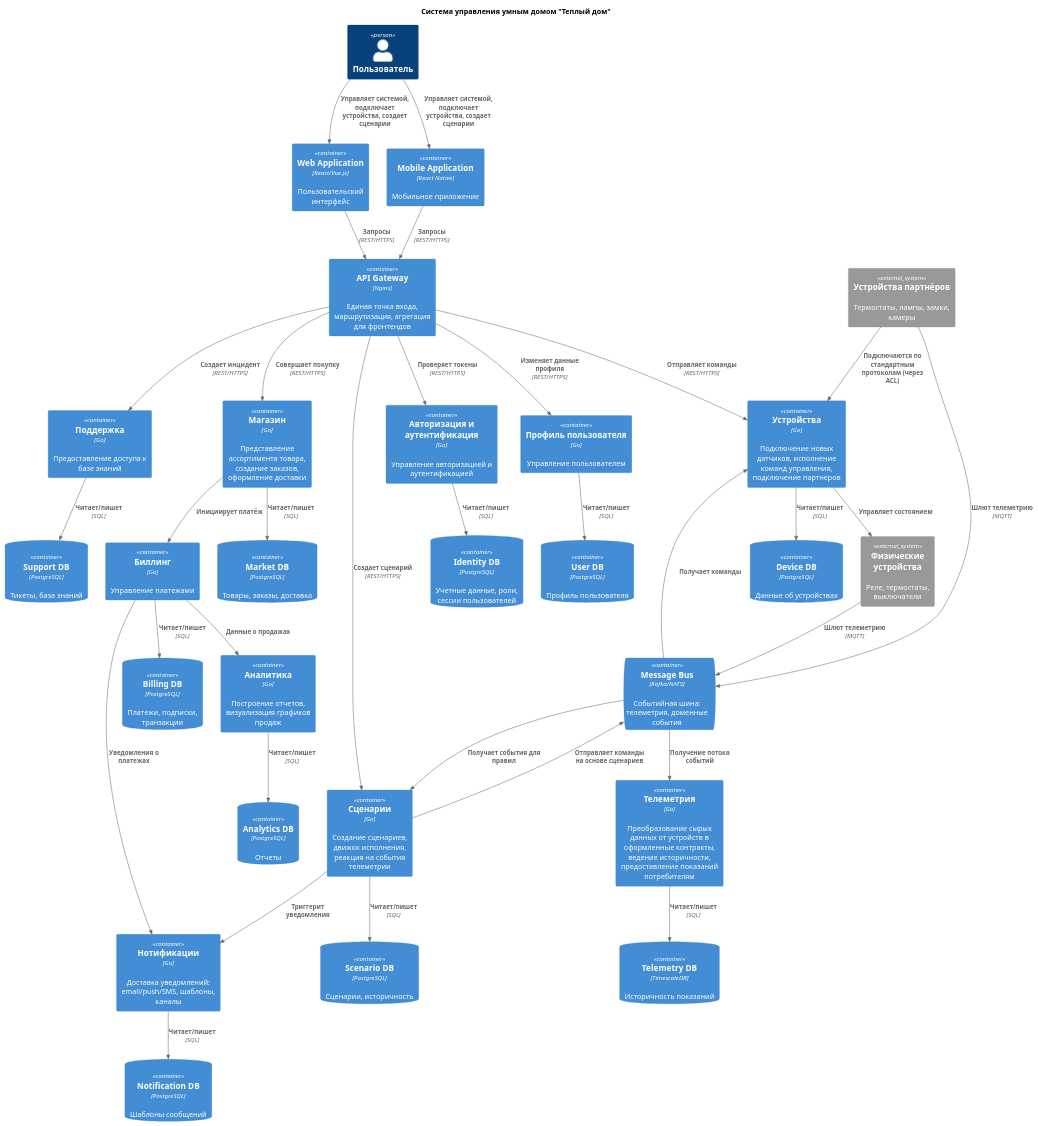
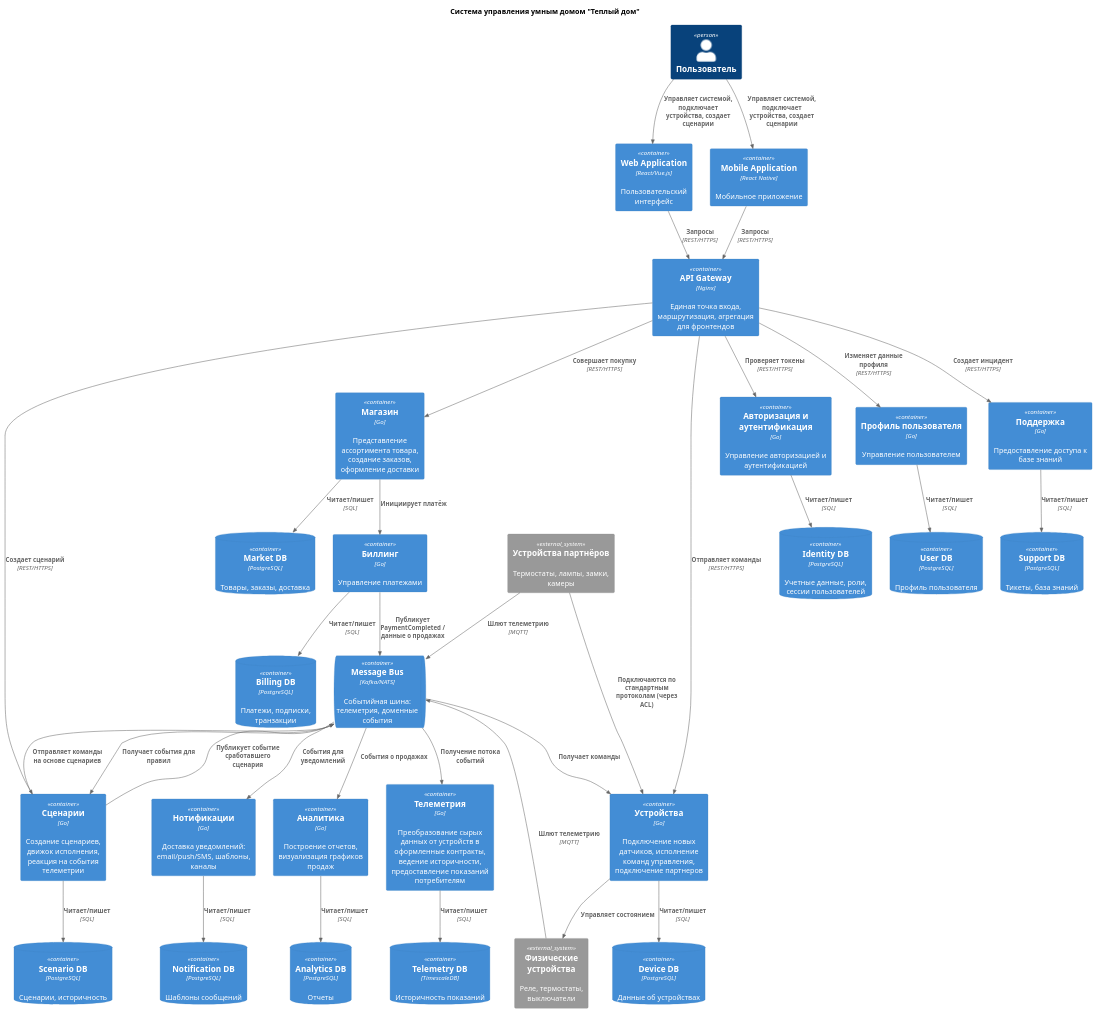
One commit to ilsergeev/yandex-practicum-architecture-warmhouse changed the diagram in diagrams/containers/C4_Containers.puml. Above: the diagram before and after it, drawn with PlantUML. The commit also changed 7 other files, not shown here.

```diff
--- a/diagrams/containers/C4_Containers.puml
+++ b/diagrams/containers/C4_Containers.puml
@@ -1,93 +1,94 @@
 @startuml
 title Система управления умным домом "Теплый дом"
 !include https://raw.githubusercontent.com/plantuml-stdlib/C4-PlantUML/master/C4_Container.puml
 
 Person(User, "Пользователь")
 
 Container(Web_App, "Web Application", "React/Vue.js", "Пользовательский интерфейс")
 Container(Mobile_App, "Mobile Application", "React Native", "Мобильное приложение")
 
 Container(Billing_Service, "Биллинг", "Go", "Управление платежами")
 ContainerDb(Billing_DB, "Billing DB", "PostgreSQL", "Платежи, подписки, транзакции")
 
 Container(Market_Service, "Магазин", "Go", "Представление ассортимента товара, создание заказов, оформление доставки")
 ContainerDb(Market_DB, "Market DB", "PostgreSQL", "Товары, заказы, доставка")
 
 Container(Device_Service, "Устройства", "Go", "Подключение новых датчиков, исполнение команд управления, подключение партнеров")
 ContainerDb(Device_DB, "Device DB", "PostgreSQL", "Данные об устройствах")
 
 Container(Analytics_Service, "Аналитика", "Go", "Построение отчетов, визуализация графиков продаж")
 ContainerDb(Analytics_DB, "Analytics DB", "PostgreSQL", "Отчеты")
 
 Container(Identity_Service, "Авторизация и аутентификация", "Go", "Управление авторизацией и аутентификацией")
 ContainerDb(Identity_DB, "Identity DB", "PostgreSQL", "Учетные данные, роли, сессии пользователей")
 
 Container(User_Service, "Профиль пользователя", "Go", "Управление пользователем")
 ContainerDb(User_DB, "User DB", "PostgreSQL", "Профиль пользователя")
 
 Container(Telemetry_Service, "Телеметрия",  "Go", "Преобразование сырых данных от устройств в оформленные контракты, ведение историчности, предоставление показаний потребителям")
 ContainerDb(Telemetry_DB, "Telemetry DB", "TimescaleDB", "Историчность показаний")
 
 Container(Support_Service, "Поддержка", "Go", "Предоставление доступа к базе знаний")
 ContainerDb(Support_DB, "Support DB", "PostgreSQL", "Тикеты, база знаний")
 
 Container(Scenario_Service, "Сценарии", "Go", "Создание сценариев, движок исполнения, реакция на события телеметрии")
 ContainerDb(Scenario_DB, "Scenario DB", "PostgreSQL", "Сценарии, историчность")
 
 Container(Notification_Service, "Нотификации", "Go", "Доставка уведомлений: email/push/SMS, шаблоны, каналы")
 ContainerDb(Notification_DB, "Notification DB", "PostgreSQL", "Шаблоны сообщений")
 
 Container(API_Gateway, "API Gateway", "Nginx", "Единая точка входа, маршрутизация, агрегация для фронтендов")
 
 System_Ext(Devices, "Физические устройства", "Реле, термостаты, выключатели")
 System_Ext(Partner_Devices, "Устройства партнёров", "Термостаты, лампы, замки, камеры")
 ContainerQueue(Message_Bus, "Message Bus", "Kafka/NATS", "Событийная шина: телеметрия, доменные события")
 
 ' ==================== Db->Services Relation ====================
 Rel(Billing_Service, Billing_DB, "Читает/пишет", "SQL")
 Rel(Market_Service, Market_DB, "Читает/пишет", "SQL")
 Rel(Device_Service, Device_DB, "Читает/пишет", "SQL")
 Rel(Analytics_Service, Analytics_DB, "Читает/пишет", "SQL")
 Rel(Identity_Service, Identity_DB, "Читает/пишет", "SQL")
 Rel(User_Service, User_DB, "Читает/пишет", "SQL")
 Rel(Telemetry_Service, Telemetry_DB, "Читает/пишет", "SQL")
 Rel(Support_Service, Support_DB, "Читает/пишет", "SQL")
 Rel(Scenario_Service, Scenario_DB, "Читает/пишет", "SQL")
 Rel(Notification_Service, Notification_DB, "Читает/пишет", "SQL")
 
 ' ==================== User Layer ====================
 Rel(User, Web_App, "Управляет системой, подключает устройства, создает сценарии")
 Rel(User, Mobile_App, "Управляет системой, подключает устройства, создает сценарии")
 
 ' ==================== ApiGateWay Layer ====================
 Rel(Web_App, API_Gateway, "Запросы", "REST/HTTPS")
 Rel(Mobile_App, API_Gateway, "Запросы", "REST/HTTPS")
 
 ' ==================== User => Services Layer ====================
 Rel(API_Gateway, Market_Service, "Совершает покупку", "REST/HTTPS")
 Rel(API_Gateway, Identity_Service, "Проверяет токены", "REST/HTTPS")
 Rel(API_Gateway, Device_Service, "Отправляет команды", "REST/HTTPS")
 Rel(API_Gateway, Support_Service, "Создает инцидент", "REST/HTTPS")
 Rel(API_Gateway, User_Service, "Изменяет данные профиля", "REST/HTTPS")
 Rel(API_Gateway, Scenario_Service, "Создает сценарий", "REST/HTTPS")
 
 ' ==================== Service => Service Layer ====================
-Rel(Scenario_Service, Notification_Service, "Триггерит уведомления")
-Rel(Billing_Service, Notification_Service, "Уведомления о платежах")
 Rel(Market_Service, Billing_Service, "Инициирует платёж")
-Rel(Billing_Service, Analytics_Service, "Данные о продажах")
+Rel(Scenario_Service, Message_Bus, "Публикует событие сработавшего сценария")
+Rel(Billing_Service, Message_Bus, "Публикует PaymentCompleted / данные о продажах")
+Rel(Message_Bus, Notification_Service, "События для уведомлений")
+Rel(Message_Bus, Analytics_Service, "События о продажах")
 
 
 ' ==================== Core ====================
 Rel(Devices, Message_Bus, "Шлют телеметрию", "MQTT")
 Rel(Partner_Devices, Message_Bus, "Шлют телеметрию", "MQTT")
 Rel(Message_Bus, Telemetry_Service, "Получение потока событий")
 Rel(Message_Bus, Scenario_Service, "Получает события для правил")
 
 Rel(Scenario_Service, Message_Bus, "Отправляет команды на основе сценариев")
 Rel(Message_Bus, Device_Service, "Получает команды")
 Rel(Partner_Devices, Device_Service, "Подключаются по стандартным протоколам (через ACL)")
 Rel(Device_Service, Devices, "Управляет состоянием")
 
 
 @enduml
```
